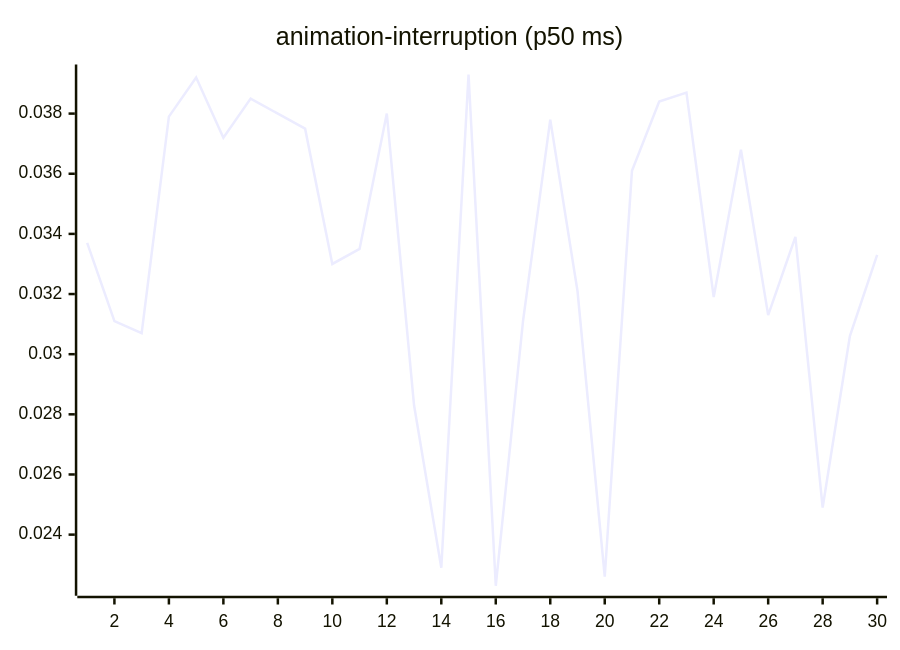
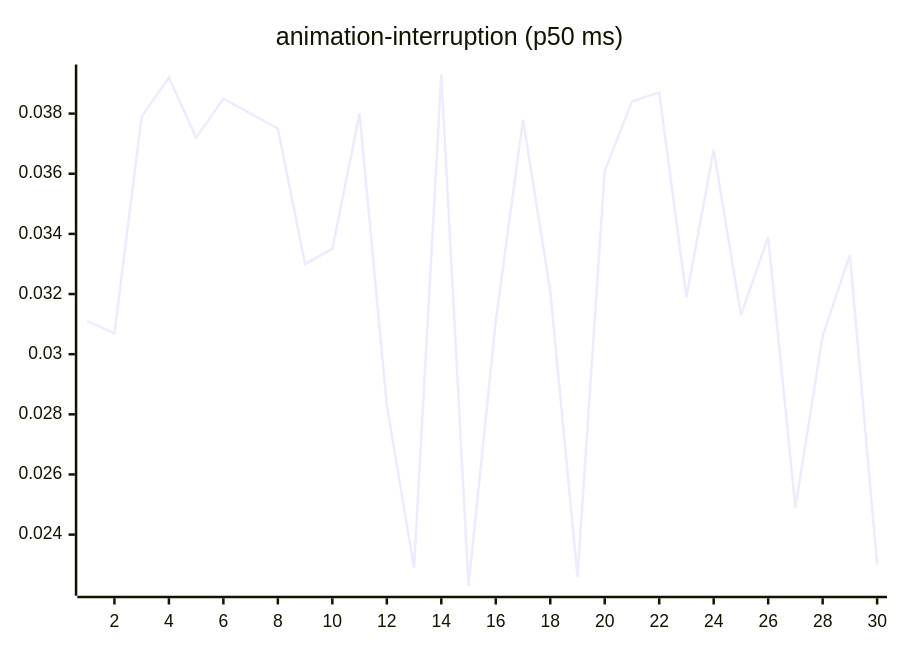
One commit to josha/Facet changed the third of 27 diagrams in README.md. Above: the diagram before and after it, drawn with Mermaid. The commit also changed other lines of this file and 2 other files, not shown here.

````diff
--- a/README.md
+++ b/README.md
@@ -77,6 +77,6 @@
 ```mermaid
 xychart-beta
     title "animation-interruption (p50 ms)"
     x-axis 1 --> 30
-    line [0.0337, 0.0311, 0.0307, 0.0379, 0.0392, 0.0372, 0.0385, 0.0380, 0.0375, 0.0330, 0.0335, 0.0380, 0.0283, 0.0229, 0.0393, 0.0223, 0.0311, 0.0378, 0.0321, 0.0226, 0.0361, 0.0384, 0.0387, 0.0319, 0.0368, 0.0313, 0.0339, 0.0249, 0.0306, 0.0333]
+    line [0.0311, 0.0307, 0.0379, 0.0392, 0.0372, 0.0385, 0.0380, 0.0375, 0.0330, 0.0335, 0.0380, 0.0283, 0.0229, 0.0393, 0.0223, 0.0311, 0.0378, 0.0321, 0.0226, 0.0361, 0.0384, 0.0387, 0.0319, 0.0368, 0.0313, 0.0339, 0.0249, 0.0306, 0.0333, 0.0230]
 ```
````
